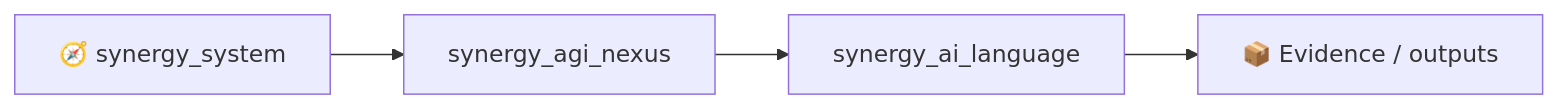
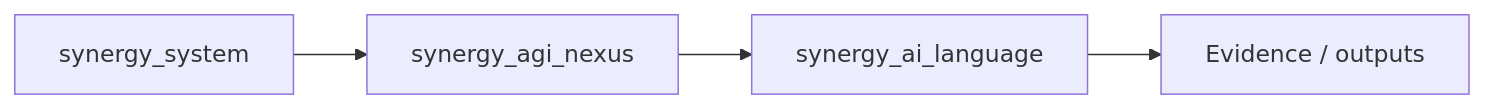
One commit to Shtenco/synergy_ai_language changed the second of 3 diagrams in README.md. Above: the diagram before and after it, drawn with Mermaid. The commit also changed other lines of this file, not shown here.

````diff
--- a/README.md
+++ b/README.md
@@ -798,6 +798,6 @@
 ```mermaid
 flowchart LR
-    SYS[🧭 synergy_system] --> P[synergy_agi_nexus]
+    SYS[ synergy_system] --> P[synergy_agi_nexus]
     P --> THIS[synergy_ai_language]
-    THIS --> E[📦 Evidence / outputs]
+    THIS --> E[ Evidence / outputs]
 ```
````
